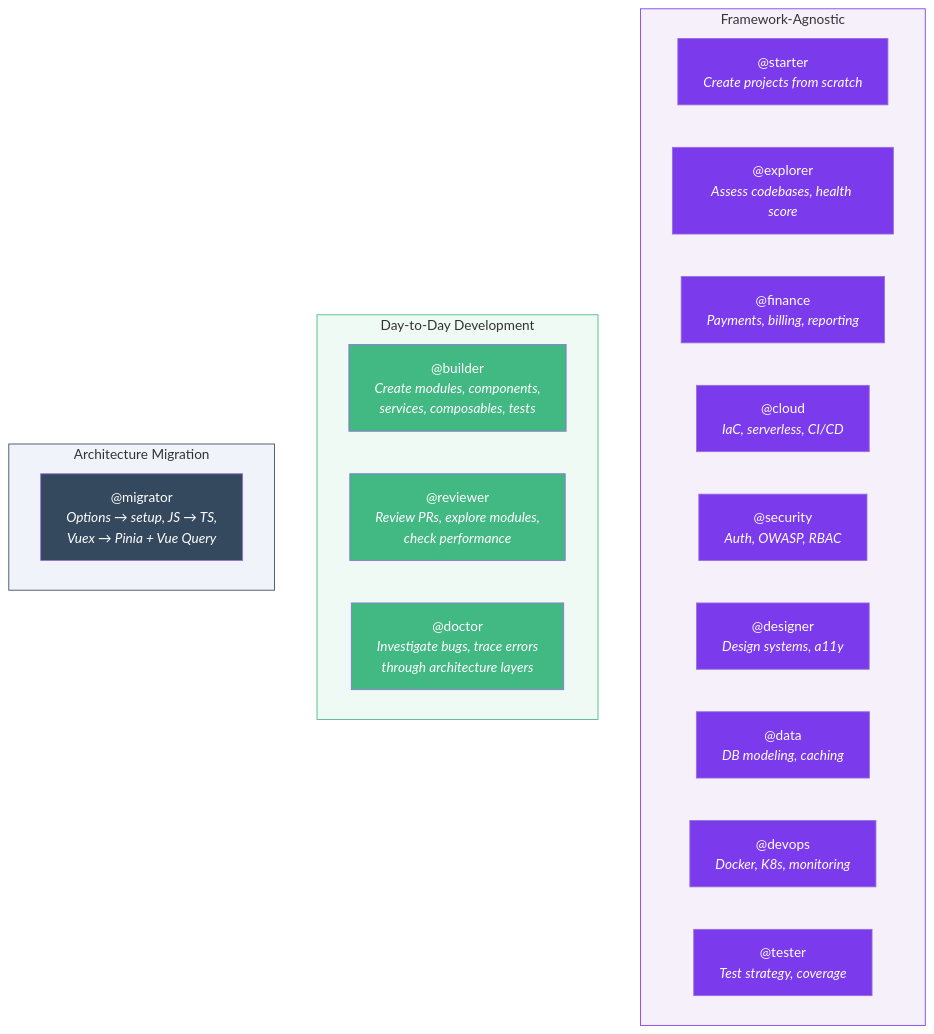
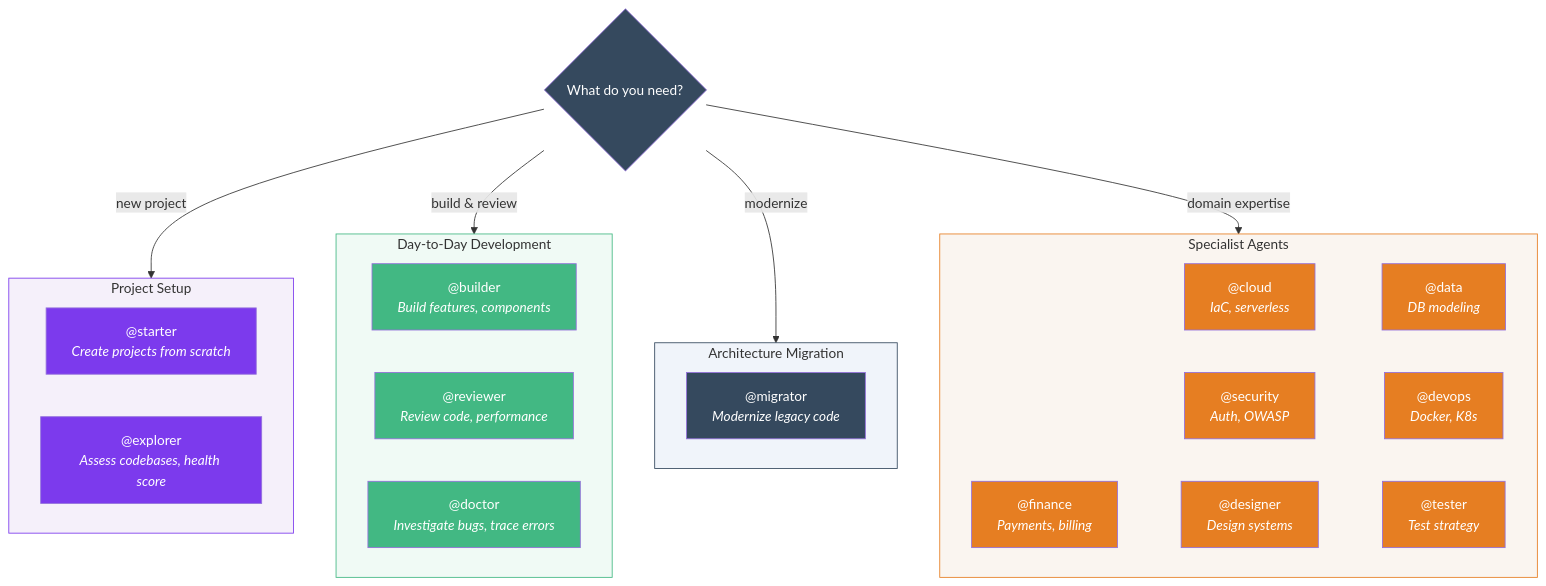
The first of 2 diagrams in docs/guide/introduction.md (HerbertJulio/specialist-agent), drawn with Mermaid before and after one commit. The commit also changed 1 other file, not shown here.

Commit message:
fix(docs): redesign AI team diagram with proper edges
The mermaid diagram in introduction.md had no edges, causing all
13 nodes to collapse into a single horizontal line. Restructured
with a central dispatch node, 4 category subgraphs, and invisible
links for specialist grid layout.

````diff
--- a/docs/guide/introduction.md
+++ b/docs/guide/introduction.md
@@ -35,41 +35,55 @@
 ```mermaid
 graph TB
-    subgraph agnostic["Framework-Agnostic"]
+    Claude{"What do you need?"} -->|"new project"| setup
+    Claude -->|"build & review"| daily
+    Claude -->|"modernize"| migration
+    Claude -->|"domain expertise"| specialists
+
+    subgraph setup["Project Setup"]
         Starter["@starter<br/><i>Create projects from scratch</i>"]
         Explorer["@explorer<br/><i>Assess codebases, health score</i>"]
-        Finance["@finance<br/><i>Payments, billing, reporting</i>"]
-        Cloud["@cloud<br/><i>IaC, serverless, CI/CD</i>"]
-        Security["@security<br/><i>Auth, OWASP, RBAC</i>"]
-        Designer["@designer<br/><i>Design systems, a11y</i>"]
-        Data["@data<br/><i>DB modeling, caching</i>"]
-        DevOps["@devops<br/><i>Docker, K8s, monitoring</i>"]
-        Tester["@tester<br/><i>Test strategy, coverage</i>"]
     end
 
     subgraph daily["Day-to-Day Development"]
-        Builder["@builder<br/><i>Create modules, components,<br/>services, composables, tests</i>"]
-        Reviewer["@reviewer<br/><i>Review PRs, explore modules,<br/>check performance</i>"]
-        Doctor["@doctor<br/><i>Investigate bugs, trace errors<br/>through architecture layers</i>"]
+        Builder["@builder<br/><i>Build features, components</i>"]
+        Reviewer["@reviewer<br/><i>Review code, performance</i>"]
+        Doctor["@doctor<br/><i>Investigate bugs, trace errors</i>"]
     end
 
     subgraph migration["Architecture Migration"]
-        Migrator["@migrator<br/><i>Options → setup, JS → TS,<br/>Vuex → Pinia + Vue Query</i>"]
+        Migrator["@migrator<br/><i>Modernize legacy code</i>"]
     end
 
-    style agnostic fill:#f5f0fa,stroke:#7c3aed
+    subgraph specialists["Specialist Agents"]
+        Finance["@finance<br/><i>Payments, billing</i>"]
+        Cloud["@cloud<br/><i>IaC, serverless</i>"]
+        Security["@security<br/><i>Auth, OWASP</i>"]
+        Designer["@designer<br/><i>Design systems</i>"]
+        Data["@data<br/><i>DB modeling</i>"]
+        DevOps["@devops<br/><i>Docker, K8s</i>"]
+        Tester["@tester<br/><i>Test strategy</i>"]
+        Finance ~~~ Designer
+        Cloud ~~~ Data
+        Security ~~~ DevOps
+        Designer ~~~ Tester
+    end
+
+    style Claude fill:#35495e,color:#fff
+    style setup fill:#f5f0fa,stroke:#7c3aed
     style daily fill:#f0faf5,stroke:#42b883
     style migration fill:#f0f4fa,stroke:#35495e
+    style specialists fill:#faf5f0,stroke:#e67e22
     style Starter fill:#7c3aed,color:#fff
     style Explorer fill:#7c3aed,color:#fff
-    style Finance fill:#7c3aed,color:#fff
-    style Cloud fill:#7c3aed,color:#fff
-    style Security fill:#7c3aed,color:#fff
-    style Designer fill:#7c3aed,color:#fff
-    style Data fill:#7c3aed,color:#fff
-    style DevOps fill:#7c3aed,color:#fff
-    style Tester fill:#7c3aed,color:#fff
+    style Finance fill:#e67e22,color:#fff
+    style Cloud fill:#e67e22,color:#fff
+    style Security fill:#e67e22,color:#fff
+    style Designer fill:#e67e22,color:#fff
+    style Data fill:#e67e22,color:#fff
+    style DevOps fill:#e67e22,color:#fff
+    style Tester fill:#e67e22,color:#fff
     style Builder fill:#42b883,color:#fff
     style Reviewer fill:#42b883,color:#fff
     style Doctor fill:#42b883,color:#fff
     style Migrator fill:#35495e,color:#fff
 ```
````
